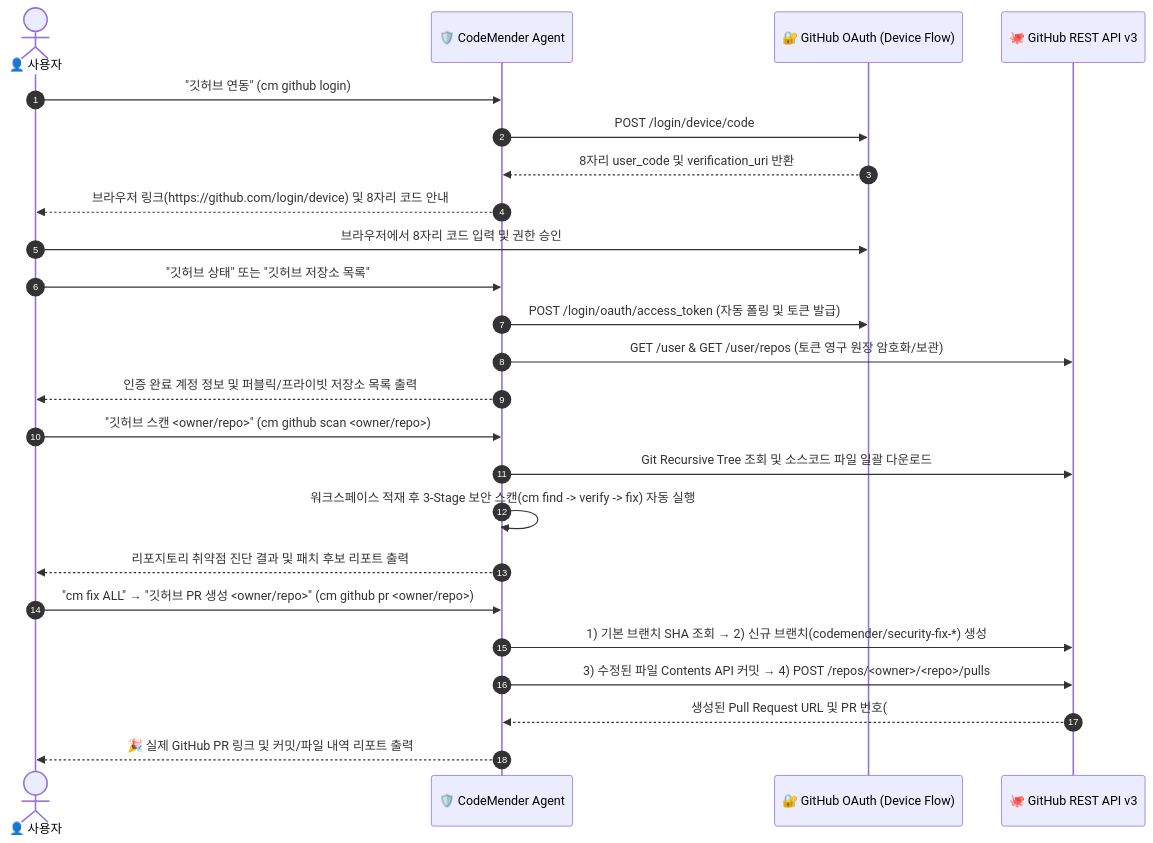
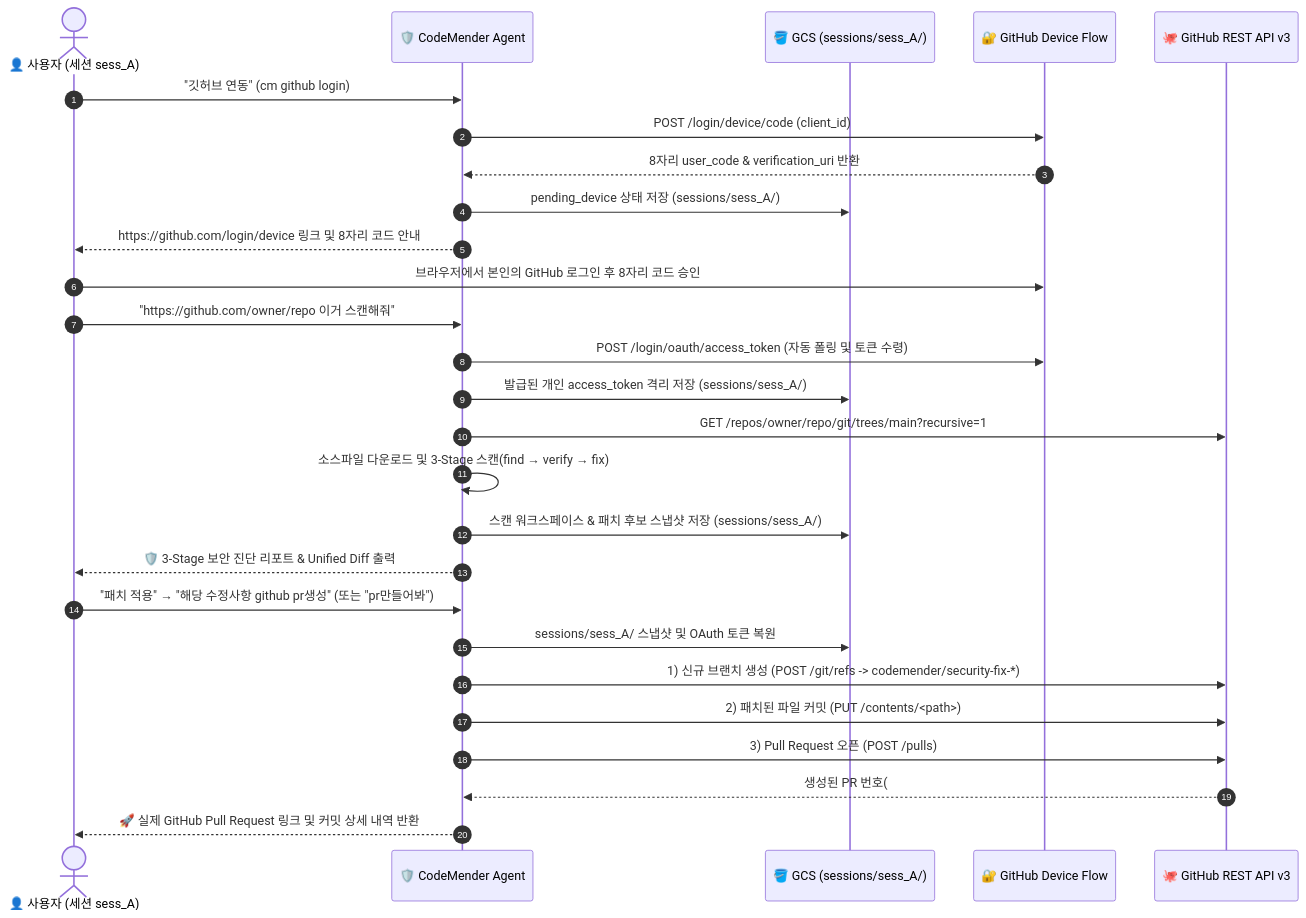
Before and after one commit to ldu1225/codemender-ge: the fourth of 4 diagrams in README.md, drawn with Mermaid. The commit also changed other lines of this file and 4 other files, not shown here.

Commit message:
docs: add real Gemini Enterprise screenshots, multi-user session isolation architecture, and refined Mermaid diagrams

````diff
--- a/README.md
+++ b/README.md
@@ -163,29 +216,33 @@
 ```mermaid
 sequenceDiagram
     autonumber
-    actor User as 👤 사용자
+    actor User as 👤 사용자 (세션 sess_A)
     participant Agent as 🛡️ CodeMender Agent
-    participant GHAuth as 🔐 GitHub OAuth (Device Flow)
+    participant GCS as 🪣 GCS (sessions/sess_A/)
+    participant GHAuth as 🔐 GitHub Device Flow
     participant GHAPI as 🐙 GitHub REST API v3
 
     User->>Agent: "깃허브 연동" (cm github login)
-    Agent->>GHAuth: POST /login/device/code
-    GHAuth-->>Agent: 8자리 user_code 및 verification_uri 반환
-    Agent-->>User: 브라우저 링크(https://github.com/login/device) 및 8자리 코드 안내
-    User->>GHAuth: 브라우저에서 8자리 코드 입력 및 권한 승인
-    User->>Agent: "깃허브 상태" 또는 "깃허브 저장소 목록"
-    Agent->>GHAuth: POST /login/oauth/access_token (자동 폴링 및 토큰 발급)
-    Agent->>GHAPI: GET /user & GET /user/repos (토큰 영구 원장 암호화/보관)
-    Agent-->>User: 인증 완료 계정 정보 및 퍼블릭/프라이빗 저장소 목록 출력
+    Agent->>GHAuth: POST /login/device/code (client_id)
+    GHAuth-->>Agent: 8자리 user_code & verification_uri 반환
+    Agent->>GCS: pending_device 상태 저장 (sessions/sess_A/)
+    Agent-->>User: https://github.com/login/device 링크 및 8자리 코드 안내
 
-    User->>Agent: "깃허브 스캔 <owner/repo>" (cm github scan <owner/repo>)
-    Agent->>GHAPI: Git Recursive Tree 조회 및 소스코드 파일 일괄 다운로드
-    Agent->>Agent: 워크스페이스 적재 후 3-Stage 보안 스캔(cm find -> verify -> fix) 자동 실행
-    Agent-->>User: 리포지토리 취약점 진단 결과 및 패치 후보 리포트 출력
+    User->>GHAuth: 브라우저에서 본인의 GitHub 로그인 후 8자리 코드 승인
 
-    User->>Agent: "cm fix ALL" → "깃허브 PR 생성 <owner/repo>" (cm github pr <owner/repo>)
-    Agent->>GHAPI: 1) 기본 브랜치 SHA 조회 → 2) 신규 브랜치(codemender/security-fix-*) 생성
-    Agent->>GHAPI: 3) 수정된 파일 Contents API 커밋 → 4) POST /repos/<owner>/<repo>/pulls
-    GHAPI-->>Agent: 생성된 Pull Request URL 및 PR 번호(#) 반환
-    Agent-->>User: 🎉 실제 GitHub PR 링크 및 커밋/파일 내역 리포트 출력
+    User->>Agent: "https://github.com/owner/repo 이거 스캔해줘"
+    Agent->>GHAuth: POST /login/oauth/access_token (자동 폴링 및 토큰 수령)
+    Agent->>GCS: 발급된 개인 access_token 격리 저장 (sessions/sess_A/)
+    Agent->>GHAPI: GET /repos/owner/repo/git/trees/main?recursive=1
+    Agent->>Agent: 소스파일 다운로드 및 3-Stage 스캔(find → verify → fix)
+    Agent->>GCS: 스캔 워크스페이스 & 패치 후보 스냅샷 저장 (sessions/sess_A/)
+    Agent-->>User: 🛡️ 3-Stage 보안 진단 리포트 & Unified Diff 출력
+
+    User->>Agent: "패치 적용" → "해당 수정사항 github pr생성" (또는 "pr만들어봐")
+    Agent->>GCS: sessions/sess_A/ 스냅샷 및 OAuth 토큰 복원
+    Agent->>GHAPI: 1) 신규 브랜치 생성 (POST /git/refs -> codemender/security-fix-*)
+    Agent->>GHAPI: 2) 패치된 파일 커밋 (PUT /contents/<path>)
+    Agent->>GHAPI: 3) Pull Request 오픈 (POST /pulls)
+    GHAPI-->>Agent: 생성된 PR 번호(#) 및 HTML URL 반환
+    Agent-->>User: 🚀 실제 GitHub Pull Request 링크 및 커밋 상세 내역 반환
 ```
````
